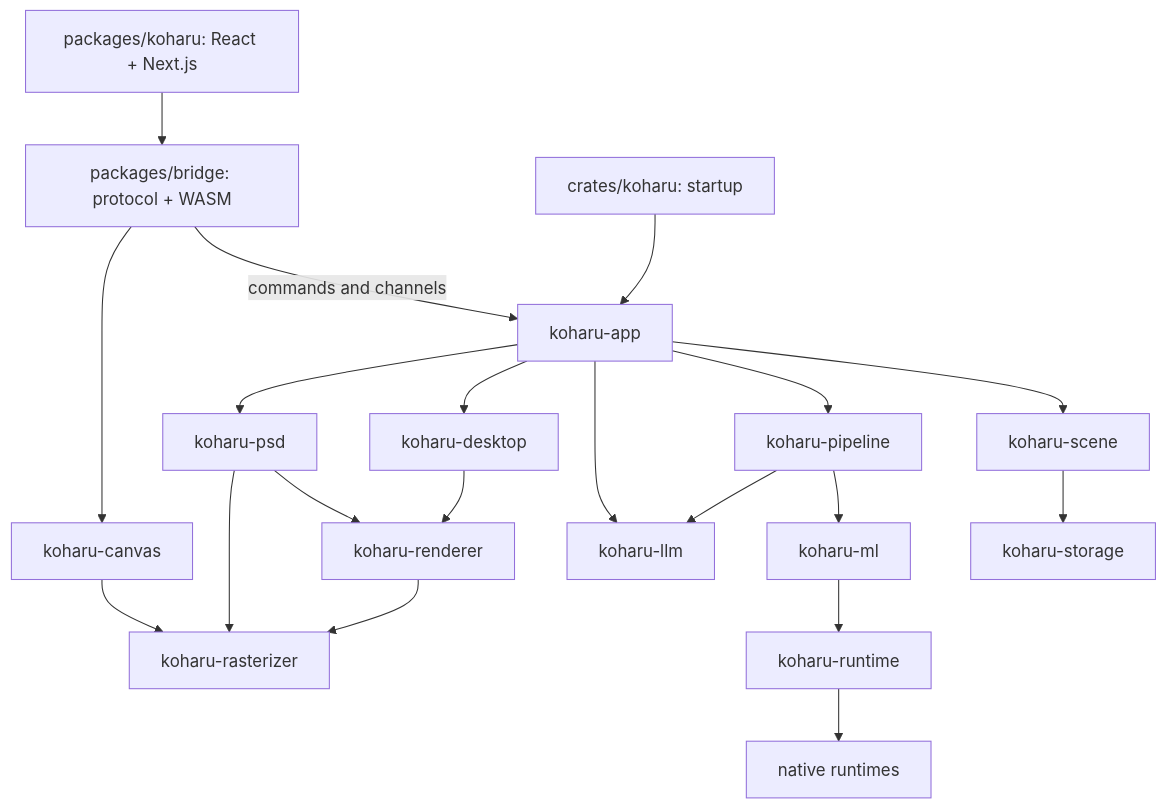
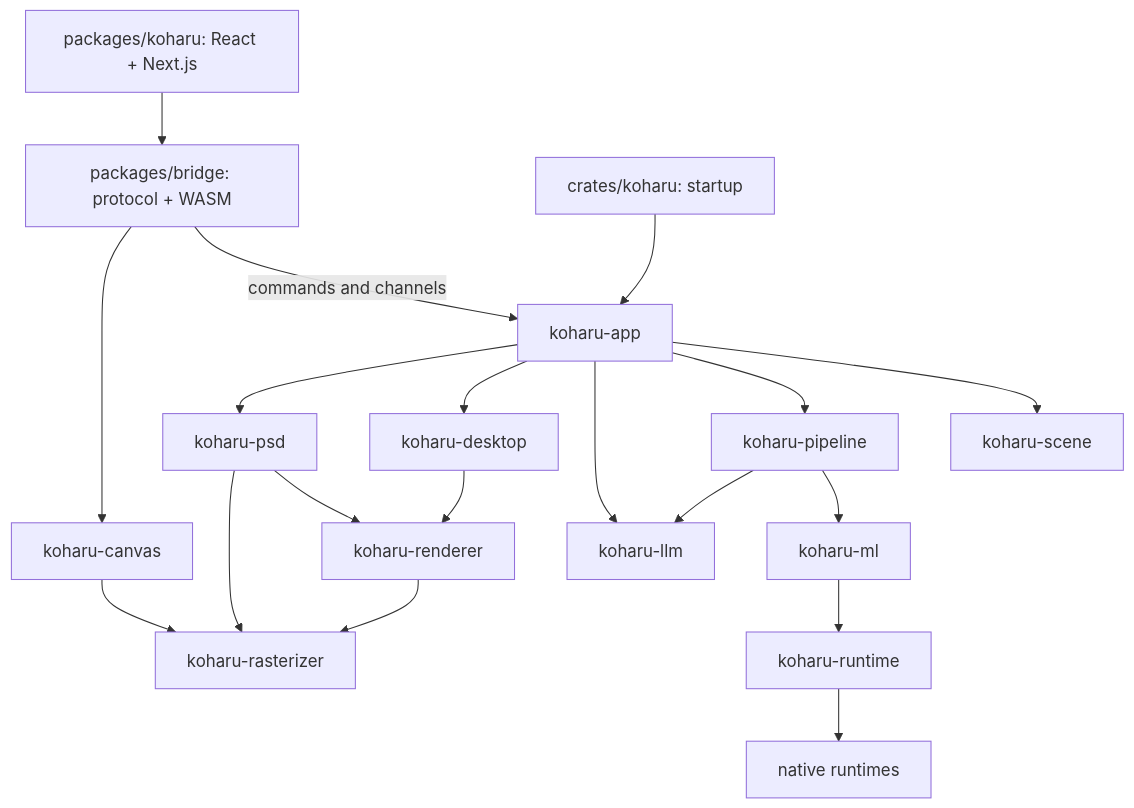
The diagram in packages/docs/development/architecture.mdx (Endymi0n74/Koharu), drawn with Mermaid before and after one commit. The commit also changed other lines of this file and 76 other files, not shown here.

Commit message:
refactor(scene)!: rewrite koharu-scene on imbl and SQLite with a nested layer tree, and remove koharu-storage

````diff
--- a/packages/docs/development/architecture.mdx
+++ b/packages/docs/development/architecture.mdx
@@ -9,14 +9,14 @@
 ```mermaid
 flowchart TB
   ui["packages/koharu: React + Next.js"] --> bridge["packages/bridge: protocol + WASM"]
   entry["crates/koharu: startup"] --> app["koharu-app"]
   bridge -->|"commands and channels"| app
-  app --> scene["koharu-scene"] --> storage["koharu-storage"]
+  app --> scene["koharu-scene"]
   app --> pipeline["koharu-pipeline"] --> ml["koharu-ml"] --> runtime["koharu-runtime"] --> native["native runtimes"]
   app --> llm["koharu-llm"]
   pipeline --> llm
   app --> desktop["koharu-desktop"] --> renderer["koharu-renderer"] --> rasterizer["koharu-rasterizer"]
   bridge --> canvas["koharu-canvas"] --> rasterizer
   app --> psd["koharu-psd"] --> renderer
   psd --> rasterizer
 ```
````
